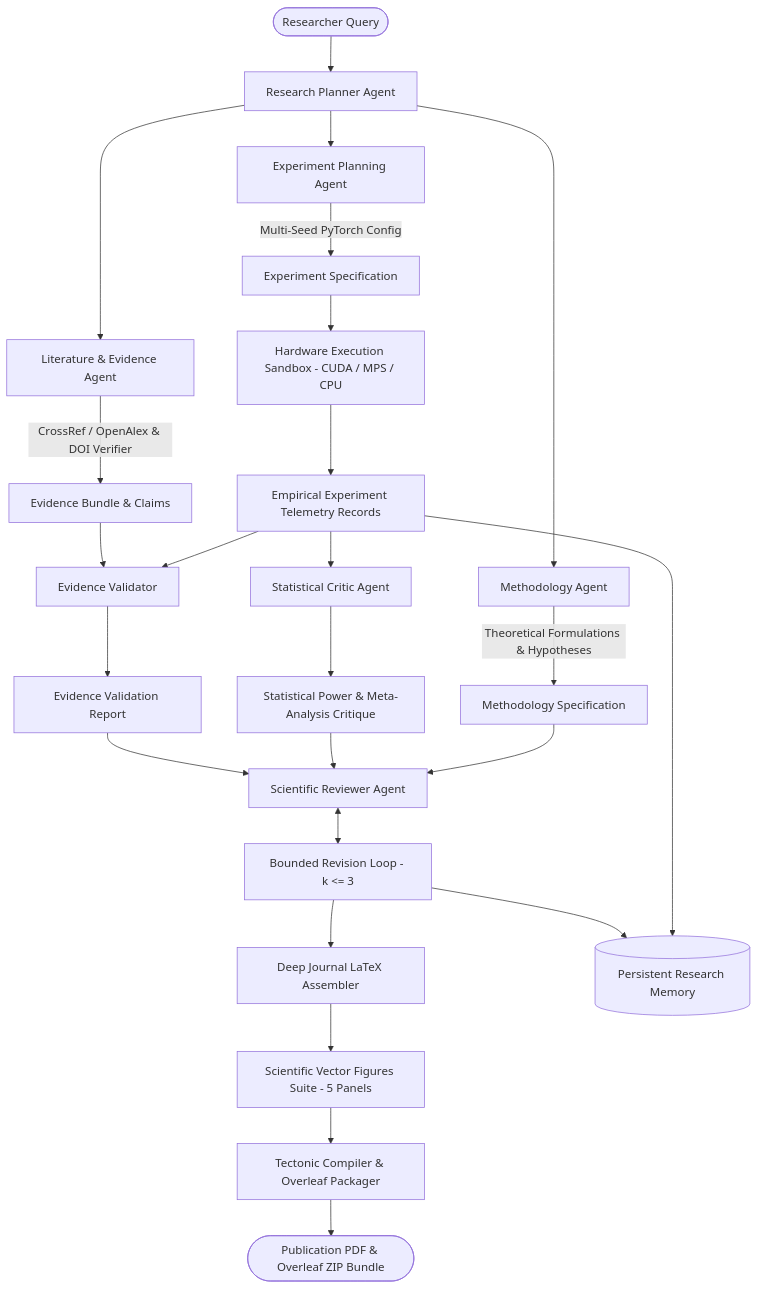
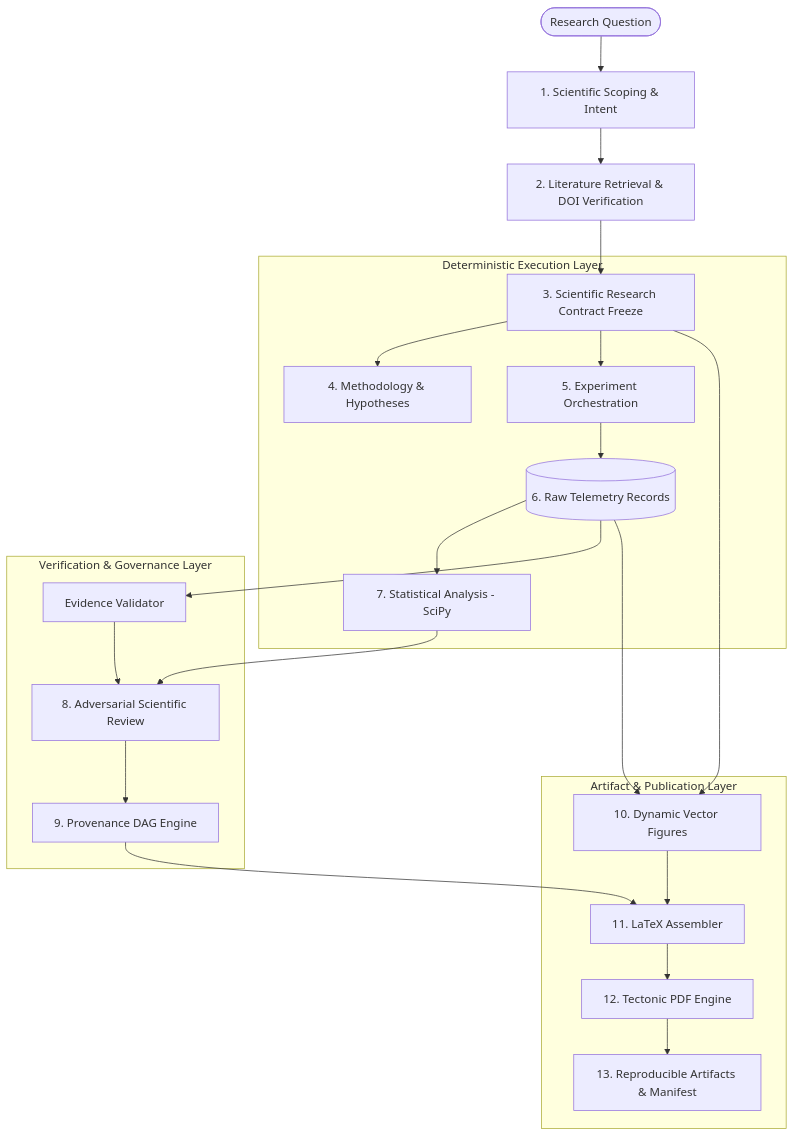
Before and after one commit to chsushen/novascientist: the diagram in docs/architecture.md, drawn with Mermaid. The commit also changed other lines of this file and 16 other files, not shown here.

````diff
--- a/docs/architecture.md
+++ b/docs/architecture.md
@@ -7,36 +35,29 @@
 ```mermaid
-graph TD
-    User([Researcher Query]) --> Planner[Research Planner Agent]
-    Planner --> LitAgent[Literature & Evidence Agent]
-    Planner --> MethodAgent[Methodology Agent]
-    Planner --> ExpAgent[Experiment Planning Agent]
+flowchart TD
+    RQ([Research Question]) --> Scoping[1. Scientific Scoping & Intent]
+    Scoping --> Lit[2. Literature Retrieval & DOI Verification]
+    Lit --> Contract[3. Scientific Research Contract Freeze]
     
-    LitAgent --> |CrossRef / OpenAlex & DOI Verifier| EvBundle[Evidence Bundle & Claims]
-    MethodAgent --> |Theoretical Formulations & Hypotheses| MethodSpec[Methodology Specification]
-    ExpAgent --> |Multi-Seed PyTorch Config| ExpSpec[Experiment Specification]
-    
-    ExpSpec --> Sandbox[Hardware Execution Sandbox - CUDA / MPS / CPU]
-    Sandbox --> ExpRecords[Empirical Experiment Telemetry Records]
-    
-    EvBundle --> Validator[Evidence Validator]
-    ExpRecords --> Validator
-    Validator --> ValReport[Evidence Validation Report]
-    
-    ExpRecords --> StatCritic[Statistical Critic Agent]
-    StatCritic --> StatCritique[Statistical Power & Meta-Analysis Critique]
-    
-    ValReport --> Reviewer[Scientific Reviewer Agent]
-    StatCritique --> Reviewer
-    MethodSpec --> Reviewer
-    
-    Reviewer <--> RevisionLoop[Bounded Revision Loop - k <= 3]
-    RevisionLoop --> Assembler[Deep Journal LaTeX Assembler]
-    
-    Assembler --> VectorSuite[Scientific Vector Figures Suite - 5 Panels]
-    VectorSuite --> Compiler[Tectonic Compiler & Overleaf Packager]
-    
-    Compiler --> PDF([Publication PDF & Overleaf ZIP Bundle])
-    
-    RevisionLoop --> Memory[(Persistent Research Memory)]
-    ExpRecords --> Memory
+    subgraph Deterministic Execution Layer
+        Contract --> Method[4. Methodology & Hypotheses]
+        Contract --> ExpOrch[5. Experiment Orchestration]
+        ExpOrch --> Telemetry[(6. Raw Telemetry Records)]
+        Telemetry --> StatAnalysis[7. Statistical Analysis - SciPy]
+    end
+
+    subgraph Verification & Governance Layer
+        Telemetry --> EvVal[Evidence Validator]
+        StatAnalysis --> SciRev[8. Adversarial Scientific Review]
+        EvVal --> SciRev
+        SciRev --> ProvDAG[9. Provenance DAG Engine]
+    end
+
+    subgraph Artifact & Publication Layer
+        Contract --> FigSuite[10. Dynamic Vector Figures]
+        Telemetry --> FigSuite
+        ProvDAG --> LaTeX[11. LaTeX Assembler]
+        FigSuite --> LaTeX
+        LaTeX --> Tectonic[12. Tectonic PDF Engine]
+        Tectonic --> Manifest[13. Reproducible Artifacts & Manifest]
+    end
 ```
````
